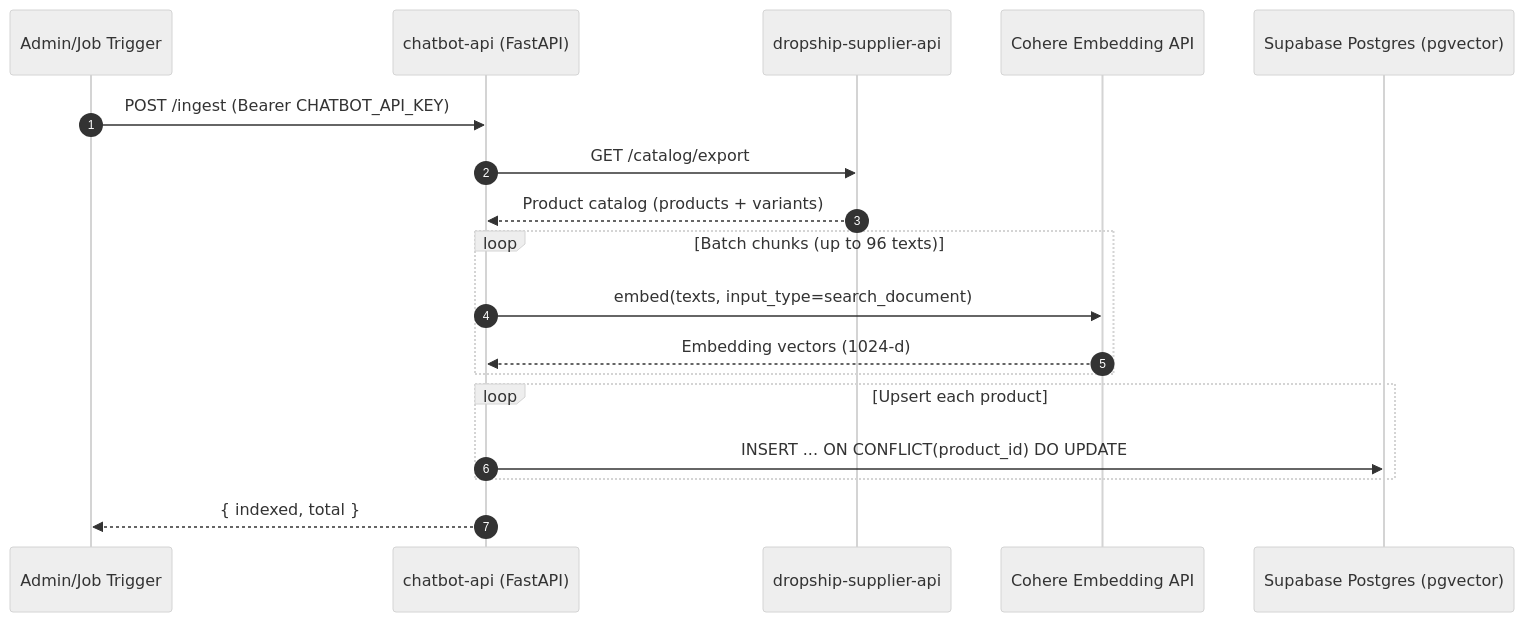
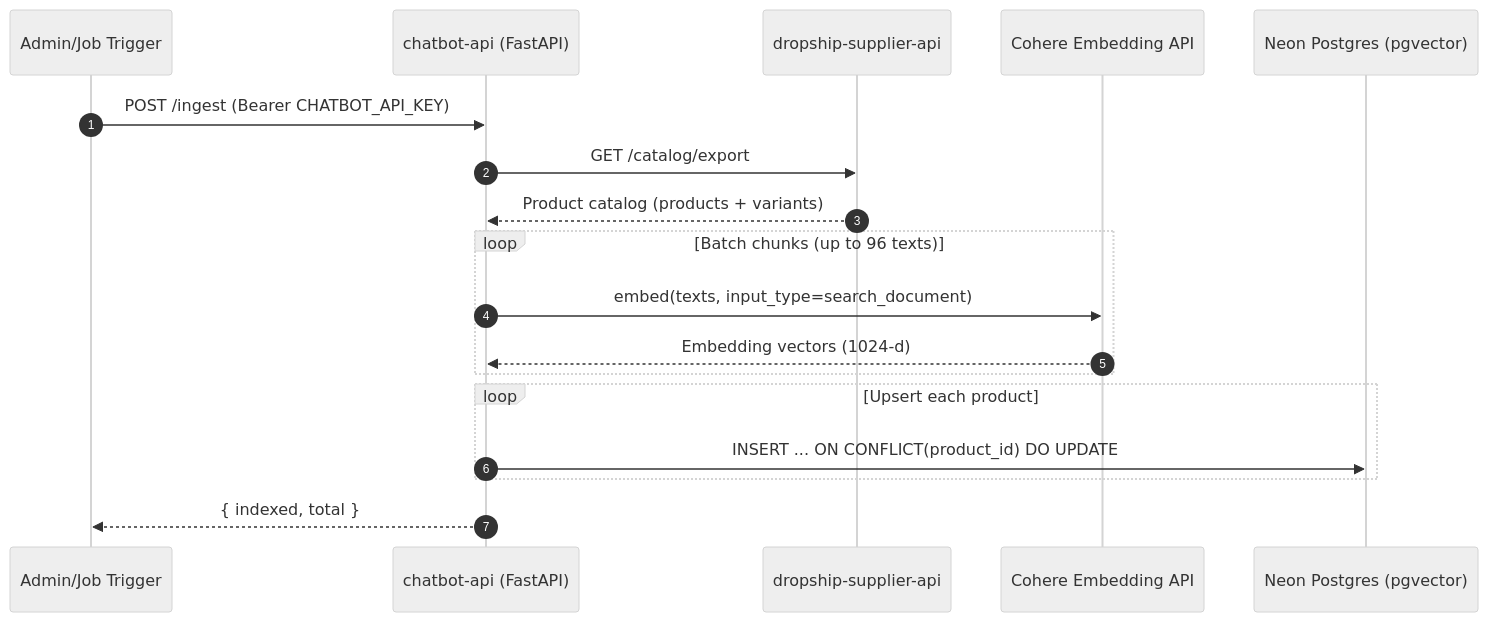
The first of 4 diagrams in README.md (yanyetang/nexus-chat-api), drawn with Mermaid (neutral theme) before and after one commit. The commit also changed other lines of this file and 4 other files, not shown here.

Commit message:
refactor: remove Supabase references and update environment variables for Neon PostgreSQL integration

````diff
--- a/README.md
+++ b/README.md
@@ -42,24 +42,24 @@
 ```mermaid
 sequenceDiagram
     autonumber
     participant Client as Admin/Job Trigger
     participant API as chatbot-api (FastAPI)
     participant Supplier as dropship-supplier-api
     participant Cohere as Cohere Embedding API
-    participant DB as Supabase Postgres (pgvector)
+    participant DB as Neon Postgres (pgvector)
 
     Client->>API: POST /ingest (Bearer CHATBOT_API_KEY)
     API->>Supplier: GET /catalog/export
     Supplier-->>API: Product catalog (products + variants)
 
     loop Batch chunks (up to 96 texts)
         API->>Cohere: embed(texts, input_type=search_document)
         Cohere-->>API: Embedding vectors (1024-d)
     end
 
     loop Upsert each product
         API->>DB: INSERT ... ON CONFLICT(product_id) DO UPDATE
     end
 
     API-->>Client: { indexed, total }
 ```
````
